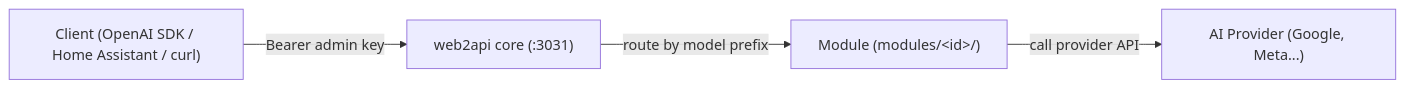
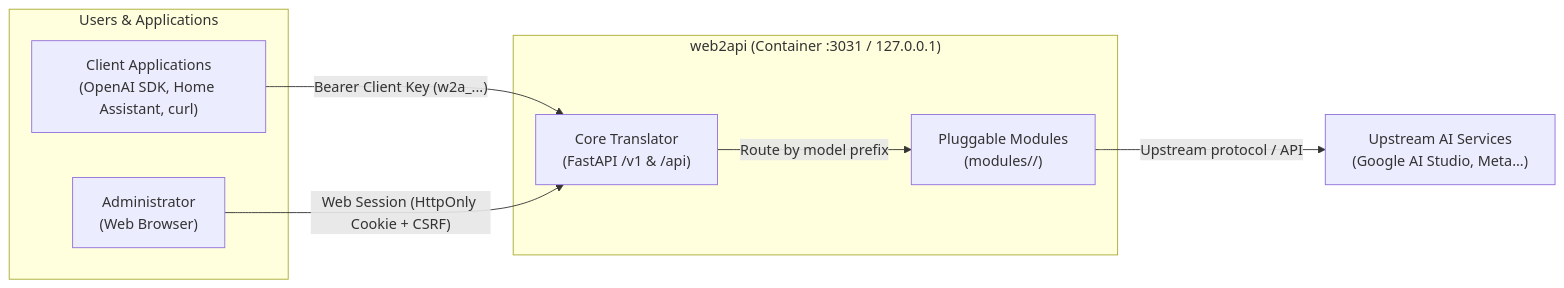
Before and after one commit to TriTue2011/web2api: the diagram in README.en.md, drawn with Mermaid. The commit also changed other lines of this file and 3 other files, not shown here.

````diff
--- a/README.en.md
+++ b/README.en.md
@@ -5,6 +12,17 @@
 ```mermaid
 flowchart LR
-  CLIENT["Client (OpenAI SDK / Home Assistant / curl)"] -->|"Bearer admin key"| CORE["web2api core (:3031)"]
-  CORE -->|"route by model prefix"| MOD["Module (modules/&lt;id&gt;/)"]
-  MOD -->|"call provider API"| PROVIDER["AI Provider (Google, Meta...)"]
+  subgraph USERS["Users & Applications"]
+    CLIENT["Client Applications<br/>(OpenAI SDK, Home Assistant, curl)"]
+    ADMIN["Administrator<br/>(Web Browser)"]
+  end
+  subgraph W2A["web2api (Container :3031 / 127.0.0.1)"]
+    CORE["Core Translator<br/>(FastAPI /v1 & /api)"]
+    MOD["Pluggable Modules<br/>(modules/<id>/)"]
+  end
+  UPSTREAM["Upstream AI Services<br/>(Google AI Studio, Meta...)"]
+
+  CLIENT -->|"Bearer Client Key (w2a_...)"| CORE
+  ADMIN -->|"Web Session (HttpOnly Cookie + CSRF)"| CORE
+  CORE -->|"Route by model prefix"| MOD
+  MOD -->|"Upstream protocol / API"| UPSTREAM
 ```
````
